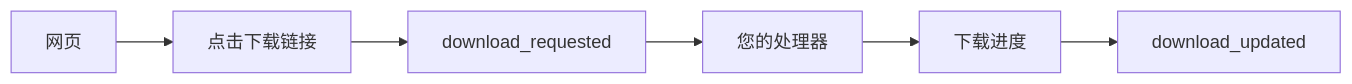
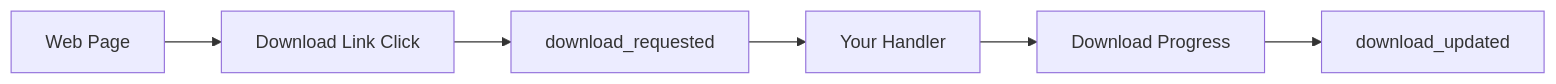
The diagram in docs/zh_CN/api/downloads.md (dsh0416/godot-cef), drawn with Mermaid before and after one commit. The commit also changed other lines of this file and 8 other files, not shown here.

````diff
--- a/docs/zh_CN/api/downloads.md
+++ b/docs/zh_CN/api/downloads.md
@@ -15,8 +15,8 @@
 ```mermaid
 flowchart LR
-    A[网页] --> B[点击下载链接]
+    A[Web Page] --> B[Download Link Click]
     B --> C[download_requested]
-    C --> D[您的处理器]
-    D --> E[下载进度]
+    C --> D[Your Handler]
+    D --> E[Download Progress]
     E --> F[download_updated]
 ```
````
